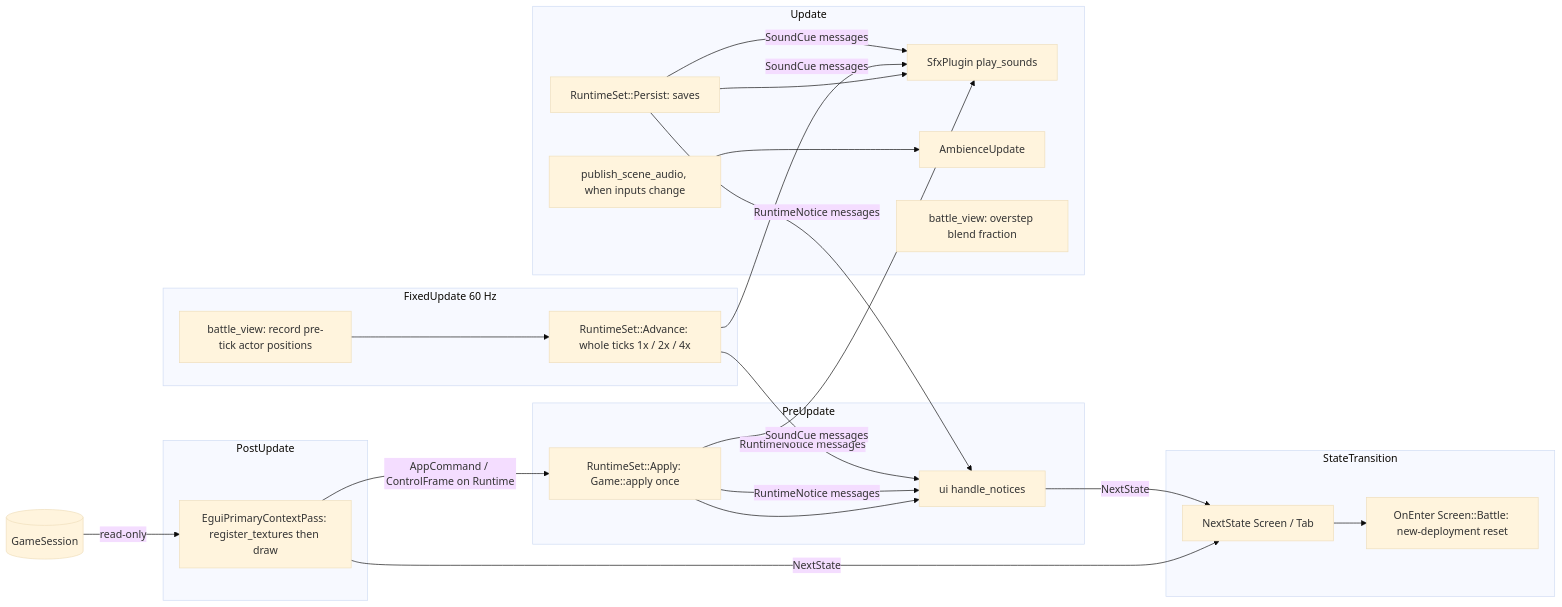
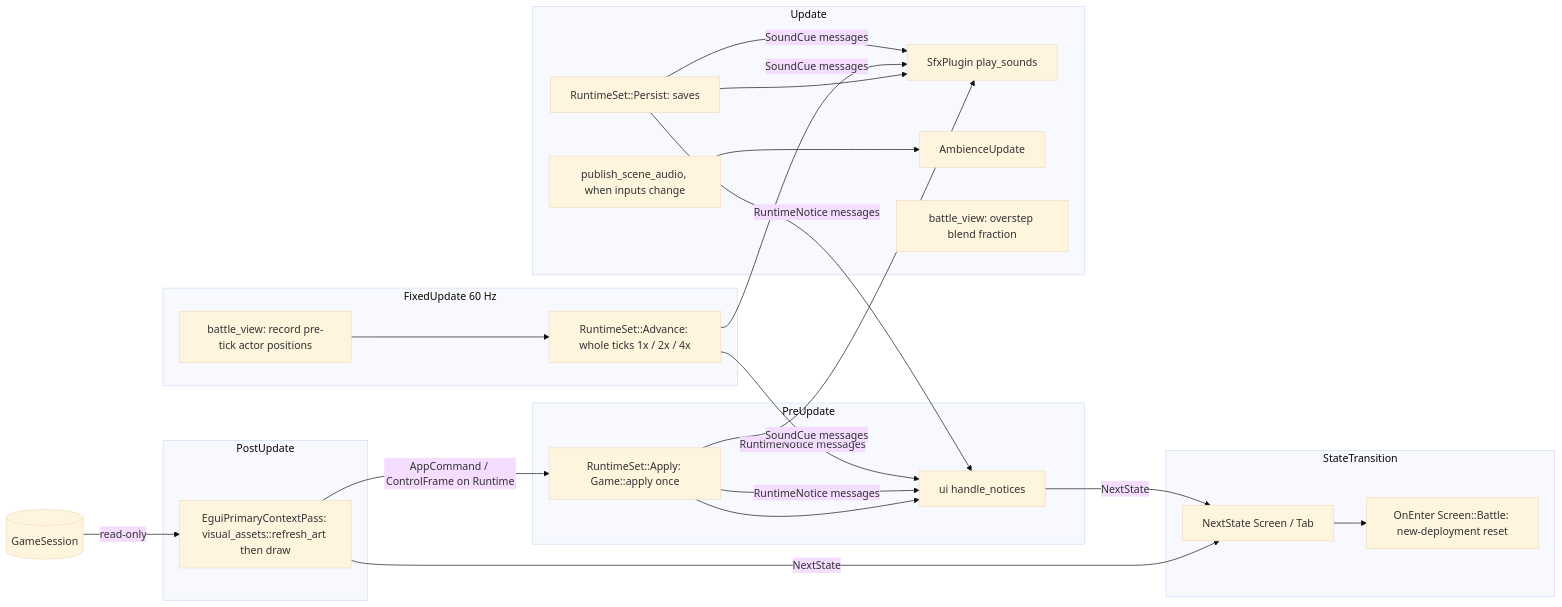
One commit to Luis85/bevy-experiments changed the diagram in horde-defense/docs/ARCHITECTURE.md. Above: the diagram before and after it, drawn with Mermaid (base theme). The commit also changed other lines of this file and 14 other files, not shown here.

````diff
--- a/horde-defense/docs/ARCHITECTURE.md
+++ b/horde-defense/docs/ARCHITECTURE.md
@@ -45,26 +51,26 @@
 ```mermaid
 flowchart LR
     subgraph PreUpdate
         Apply[RuntimeSet::Apply: Game::apply once] --> Notices[ui handle_notices]
     end
     subgraph StateTransition
         Next[NextState Screen / Tab] --> Enter[OnEnter Screen::Battle: new-deployment reset]
     end
     subgraph FixedUpdate 60 Hz
         Snapshot[battle_view: record pre-tick actor positions] --> Advance[RuntimeSet::Advance: whole ticks 1x / 2x / 4x]
     end
     subgraph Update
         Persist[RuntimeSet::Persist: saves] --> Sfx[SfxPlugin play_sounds]
         Ambience[publish_scene_audio, when inputs change] --> Atmos[AmbienceUpdate]
         Blend[battle_view: overstep blend fraction]
     end
     subgraph PostUpdate
-        Draw[EguiPrimaryContextPass: register_textures then draw]
+        Draw[EguiPrimaryContextPass: visual_assets::refresh_art then draw]
     end
     Draw -->|AppCommand / ControlFrame on Runtime| Apply
     Draw -->|NextState| Next
     Notices -->|NextState| Next
     Apply & Advance & Persist -->|RuntimeNotice messages| Notices
     Apply & Advance & Persist -->|SoundCue messages| Sfx
     Session[(GameSession)] -->|read-only| Draw
 ```
````
